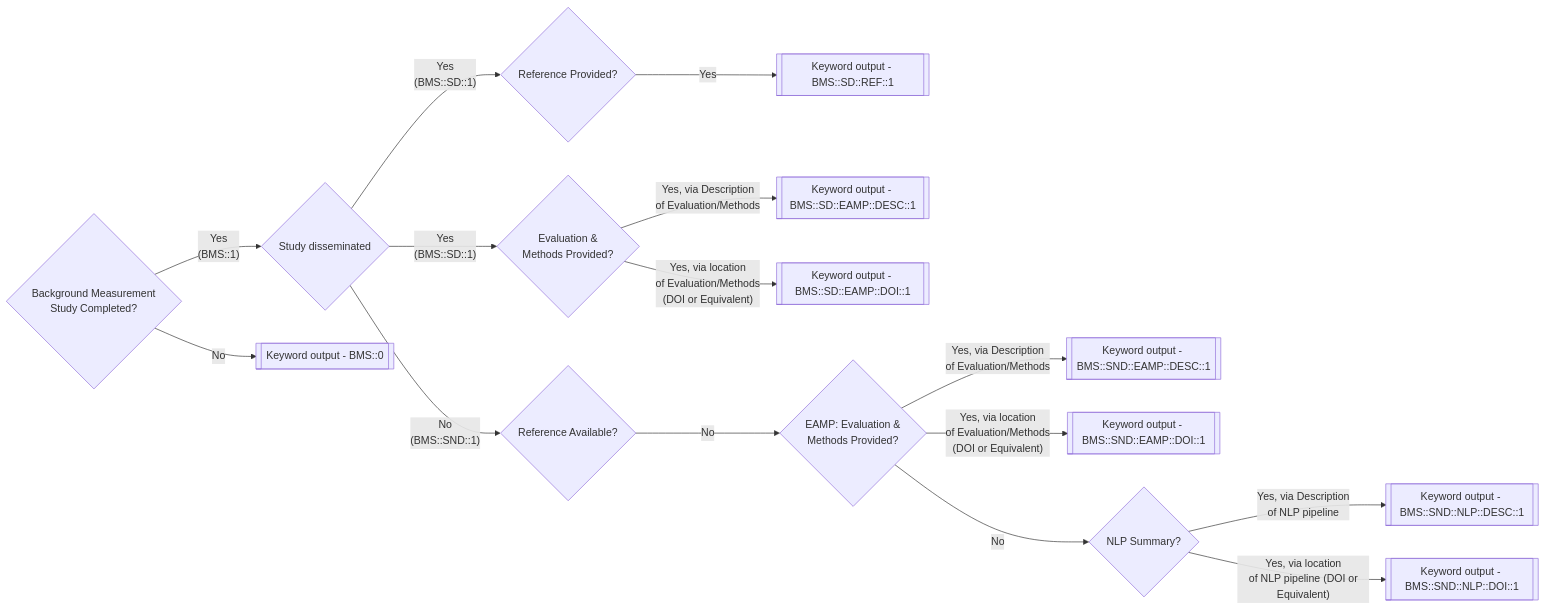
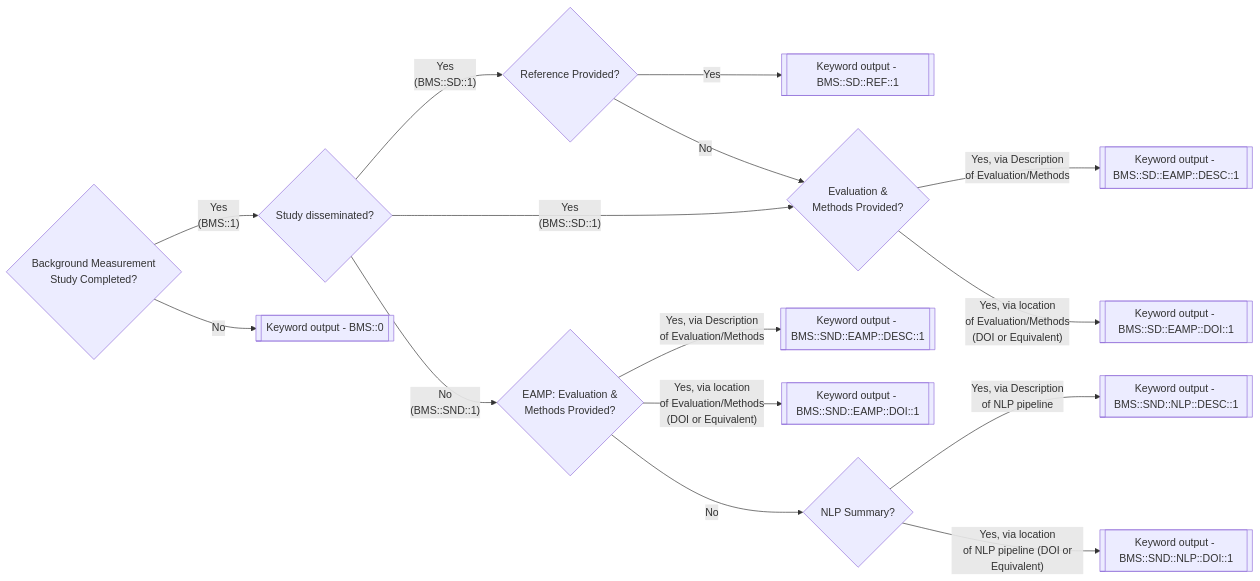
Before and after one commit to jacobmpeters/NLPReportingMethodologyApp: the diagram in README.md, drawn with Mermaid.

````diff
--- a/README.md
+++ b/README.md
@@ -17,17 +17,17 @@
 ```mermaid
 flowchart LR
-    BMS{Background Measurement\n Study Completed?} -- Yes\n (BMS::1) --> SD{Study disseminated};
+    BMS{Background Measurement\n Study Completed?} -- Yes\n (BMS::1) --> SD{Study disseminated?};
     SD -- Yes\n (BMS::SD::1) --> REF{Reference Provided?};
     REF -- Yes --> AQ1[[Keyword output - BMS::SD::REF::1]]
-    SD -- Yes\n (BMS::SD::1) --> EM{Evaluation &\n Methods Provided?};
+    REF -- No --> EM{Evaluation &\n Methods Provided?};
+    SD -- Yes\n (BMS::SD::1) --> EM
     EM -- Yes, via Description\n of Evaluation/Methods --> AQ2_A[[Keyword output - BMS::SD::EAMP::DESC::1]]
     EM -- Yes, via location\n of Evaluation/Methods\n (DOI or Equivalent) --> AQ2_B[[Keyword output - BMS::SD::EAMP::DOI::1]]
-    SD -- No\n (BMS::SND::1) --> REF2{Reference Available?};
-    REF2 -- No --> EM2{EAMP: Evaluation &\n Methods Provided?};
+    SD -- No\n (BMS::SND::1) --> EM2{EAMP: Evaluation &\n Methods Provided?};
     EM2 -- Yes, via Description\n of Evaluation/Methods --> AQ3_A[[Keyword output - BMS::SND::EAMP::DESC::1]]
     EM2 -- Yes, via location\n of Evaluation/Methods\n (DOI or Equivalent) --> AQ3_B[[Keyword output - BMS::SND::EAMP::DOI::1]]
     EM2 -- No --> NLP2{NLP Summary?};
     NLP2 -- Yes, via Description\n of NLP pipeline --> AQ4_A[[Keyword output - BMS::SND::NLP::DESC::1]]
     NLP2 -- Yes, via location\n of NLP pipeline (DOI or Equivalent) --> AQ4_B[[Keyword output - BMS::SND::NLP::DOI::1]]
     BMS -- No --> BMS0[[Keyword output - BMS::0]]
 ```
````
